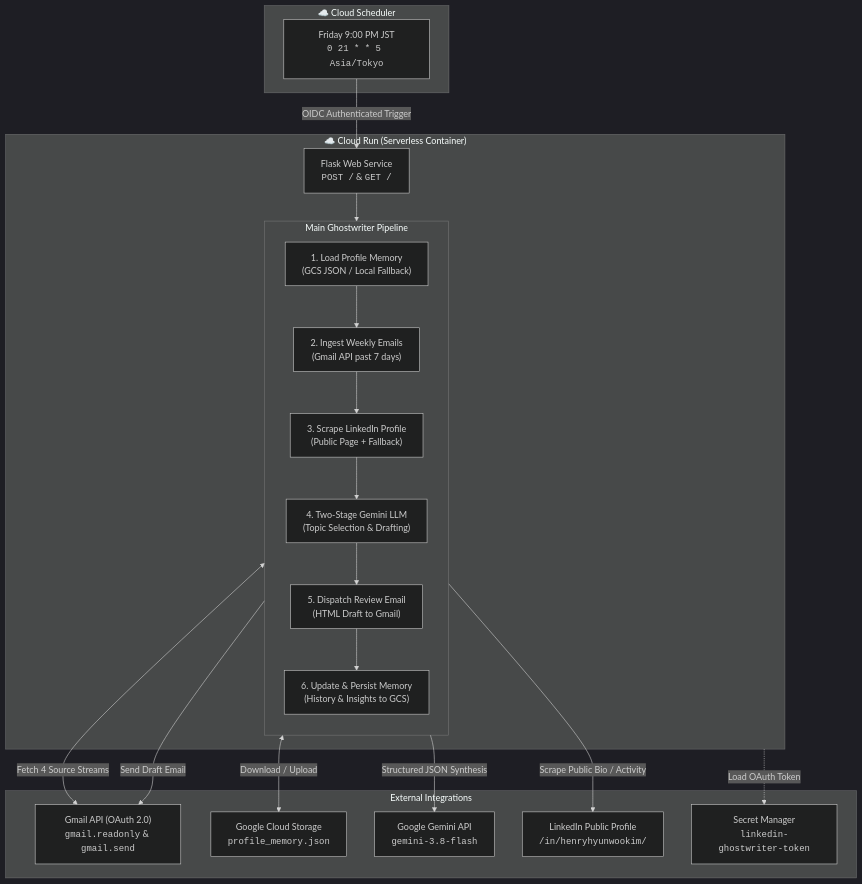
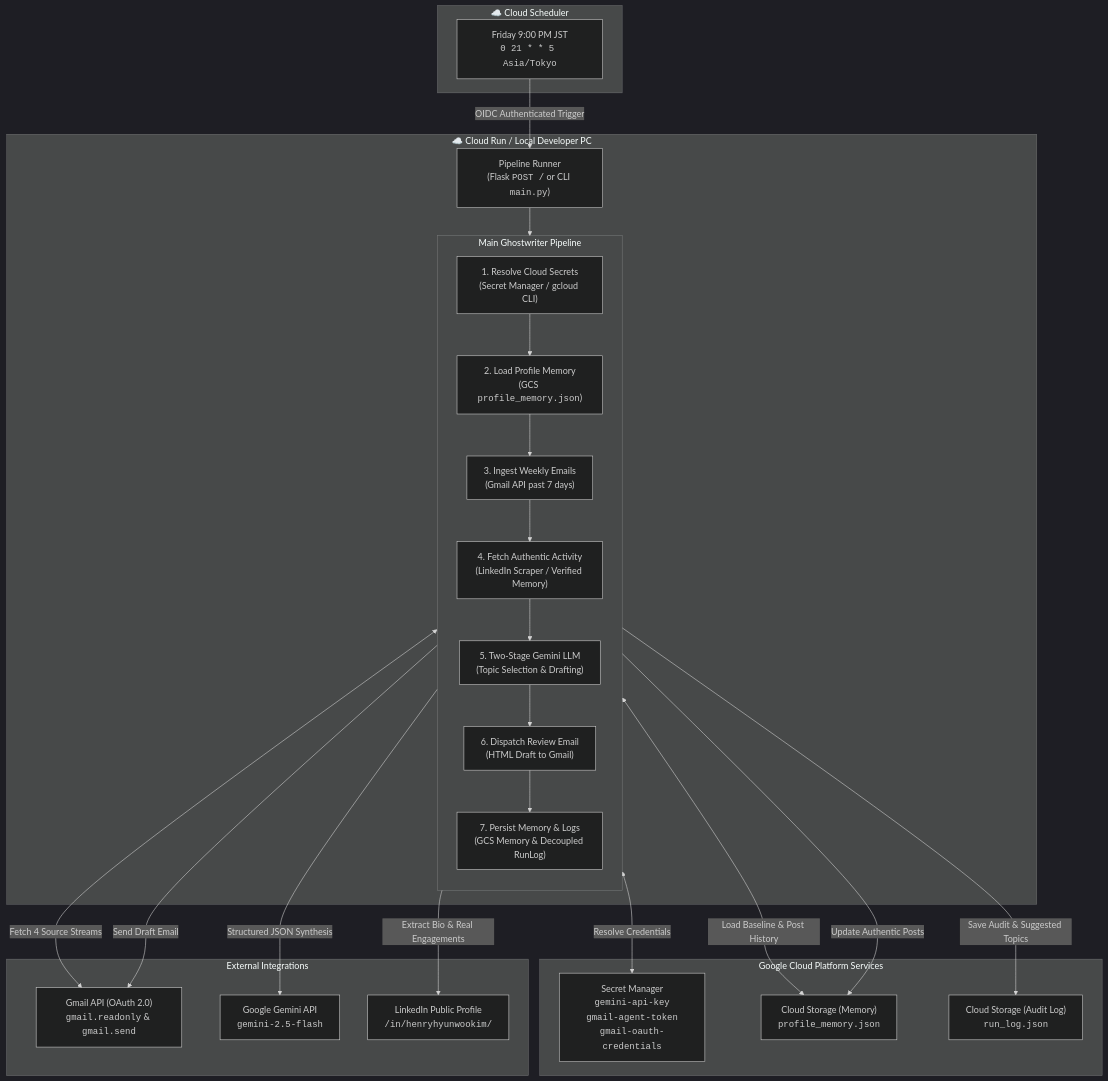
One commit to henryhyunwookim/linkedin-post-ghostwriter changed the diagram in README.md. Above: the diagram before and after it, drawn with Mermaid (dark theme). The commit also changed other lines of this file and 12 other files, not shown here.

First line of the commit message:
feat(cloud): migrate state to GCS, decouple run logs, and enable multi-PC secret resolution

````diff
--- a/README.md
+++ b/README.md
@@ -9,38 +11,45 @@
 ```mermaid
 flowchart TB
     subgraph Trigger["☁️ Cloud Scheduler"]
         CS["Friday 9:00 PM JST<br/><code>0 21 * * 5 Asia/Tokyo</code>"]
     end
 
-    subgraph CloudRun["☁️ Cloud Run (Serverless Container)"]
-        APP["Flask Web Service<br/><code>POST /</code> & <code>GET /</code>"]
+    subgraph CloudRun["☁️ Cloud Run / Local Developer PC"]
+        APP["Pipeline Runner<br/>(Flask <code>POST /</code> or CLI <code>main.py</code>)"]
         
         subgraph Pipeline["Main Ghostwriter Pipeline"]
             direction TB
-            S1["1. Load Profile Memory<br/>(GCS JSON / Local Fallback)"]
-            S2["2. Ingest Weekly Emails<br/>(Gmail API past 7 days)"]
-            S3["3. Scrape LinkedIn Profile<br/>(Public Page + Fallback)"]
-            S4["4. Two-Stage Gemini LLM<br/>(Topic Selection & Drafting)"]
-            S5["5. Dispatch Review Email<br/>(HTML Draft to Gmail)"]
-            S6["6. Update & Persist Memory<br/>(History & Insights to GCS)"]
+            S1["1. Resolve Cloud Secrets<br/>(Secret Manager / gcloud CLI)"]
+            S2["2. Load Profile Memory<br/>(GCS <code>profile_memory.json</code>)"]
+            S3["3. Ingest Weekly Emails<br/>(Gmail API past 7 days)"]
+            S4["4. Fetch Authentic Activity<br/>(LinkedIn Scraper / Verified Memory)"]
+            S5["5. Two-Stage Gemini LLM<br/>(Topic Selection & Drafting)"]
+            S6["6. Dispatch Review Email<br/>(HTML Draft to Gmail)"]
+            S7["7. Persist Memory & Logs<br/>(GCS Memory & Decoupled RunLog)"]
         end
 
-        APP --> S1 --> S2 --> S3 --> S4 --> S5 --> S6
+        APP --> S1 --> S2 --> S3 --> S4 --> S5 --> S6 --> S7
+    end
+
+    subgraph GCP["Google Cloud Platform Services"]
+        SM["Secret Manager<br/><code>gemini-api-key</code><br/><code>gmail-agent-token</code><br/><code>gmail-oauth-credentials</code>"]
+        GCS_MEM["Cloud Storage (Memory)<br/><code>profile_memory.json</code>"]
+        GCS_LOG["Cloud Storage (Audit Log)<br/><code>run_log.json</code>"]
     end
 
     subgraph External["External Integrations"]
         GMAIL["Gmail API (OAuth 2.0)<br/><code>gmail.readonly</code> & <code>gmail.send</code>"]
-        GCS["Google Cloud Storage<br/><code>profile_memory.json</code>"]
-        GEMINI["Google Gemini API<br/><code>gemini-3.8-flash</code>"]
+        GEMINI["Google Gemini API<br/><code>gemini-2.5-flash</code>"]
         LI["LinkedIn Public Profile<br/><code>/in/henryhyunwookim/</code>"]
-        SM["Secret Manager<br/><code>linkedin-ghostwriter-token</code>"]
     end
 
     CS -->|"OIDC Authenticated Trigger"| APP
-    S1 <-->|"Download / Upload"| GCS
-    S2 <-->|"Fetch 4 Source Streams"| GMAIL
-    S3 -->|"Scrape Public Bio / Activity"| LI
-    S4 -->|"Structured JSON Synthesis"| GEMINI
-    S5 -->|"Send Draft Email"| GMAIL
-    CloudRun -.->|"Load OAuth Token"| SM
+    S1 <-->|"Resolve Credentials"| SM
+    S2 <-->|"Load Baseline & Post History"| GCS_MEM
+    S3 <-->|"Fetch 4 Source Streams"| GMAIL
+    S4 -->|"Extract Bio & Real Engagements"| LI
+    S5 -->|"Structured JSON Synthesis"| GEMINI
+    S6 -->|"Send Draft Email"| GMAIL
+    S7 -->|"Save Audit & Suggested Topics"| GCS_LOG
+    S7 -->|"Update Authentic Posts"| GCS_MEM
 ```
````
